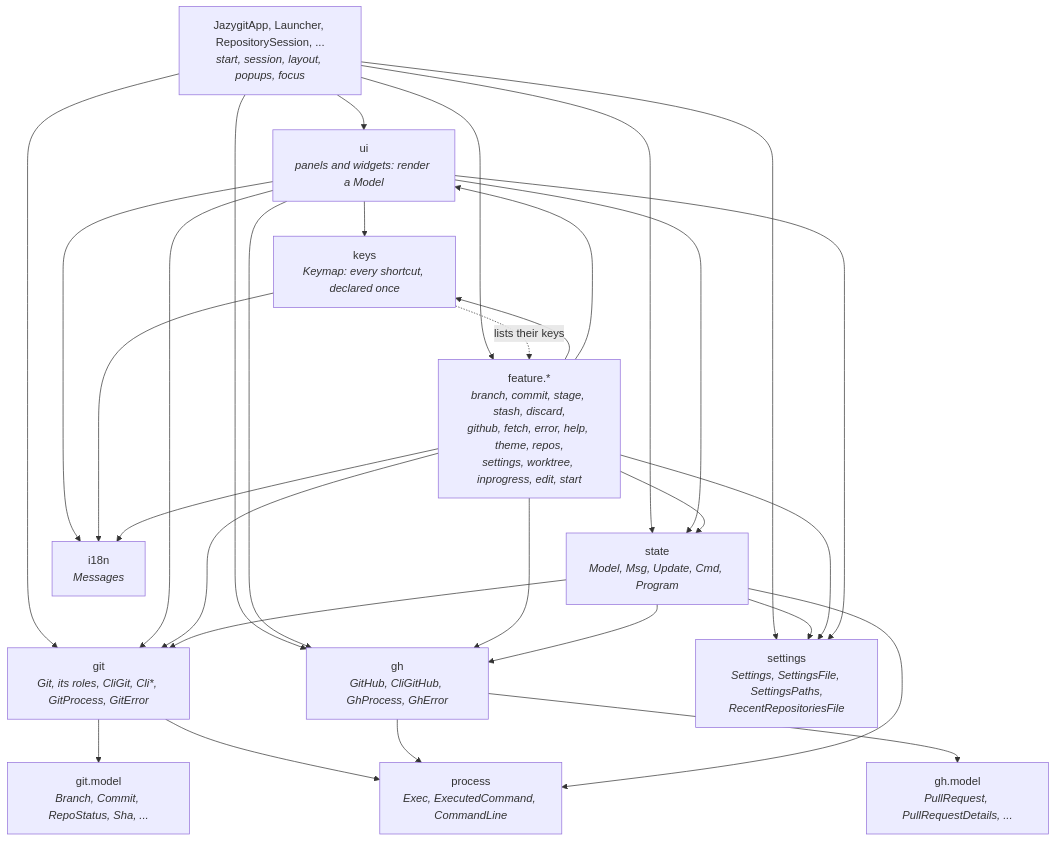
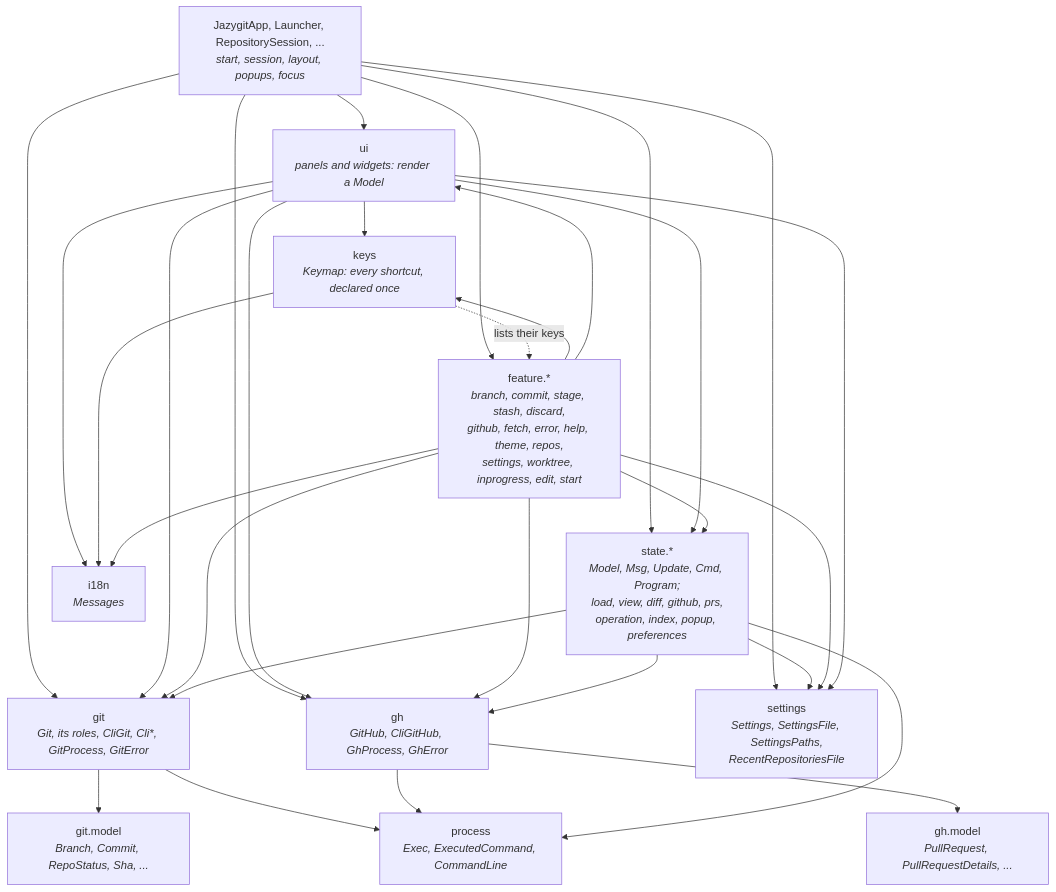
Before and after one commit to cvanfleteren/jazygit: the first of 7 diagrams in ARCHITECTURE.md, drawn with Mermaid. The commit also changed other lines of this file and 612 other files, not shown here.

````diff
--- a/ARCHITECTURE.md
+++ b/ARCHITECTURE.md
@@ -47,45 +47,45 @@
 ```mermaid
 graph TD
     App["JazygitApp, Launcher, RepositorySession, ...<br/><i>start, session, layout, popups, focus</i>"]
     UI["ui<br/><i>panels and widgets: render a Model</i>"]
     Keys["keys<br/><i>Keymap: every shortcut, declared once</i>"]
     Feature["feature.*<br/><i>branch, commit, stage, stash, discard,<br/>github, fetch, error, help, theme, repos,<br/>settings, worktree, inprogress, edit, start</i>"]
-    State["state<br/><i>Model, Msg, Update, Cmd, Program</i>"]
+    State["state.*<br/><i>Model, Msg, Update, Cmd, Program;<br/>load, view, diff, github, prs,<br/>operation, index, popup, preferences</i>"]
     Git["git<br/><i>Git, its roles, CliGit, Cli*, GitProcess, GitError</i>"]
     GitModel["git.model<br/><i>Branch, Commit, RepoStatus, Sha, ...</i>"]
     Gh["gh<br/><i>GitHub, CliGitHub, GhProcess, GhError</i>"]
     GhModel["gh.model<br/><i>PullRequest, PullRequestDetails, ...</i>"]
     Process["process<br/><i>Exec, ExecutedCommand, CommandLine</i>"]
     I18n["i18n<br/><i>Messages</i>"]
     Settings["settings<br/><i>Settings, SettingsFile, SettingsPaths,<br/>RecentRepositoriesFile</i>"]
 
     App --> UI
     App --> State
     App --> Feature
     App --> Git
     App --> Gh
     UI --> Keys
     UI --> State
     UI --> Git
     UI --> Gh
     Keys -. "lists their keys" .-> Feature
     Feature --> Keys
     Feature --> UI
     Feature --> State
     Feature --> Git
     State --> Git
     Git --> GitModel
     Feature --> Gh
     State --> Gh
     Gh --> GhModel
     Git --> Process
     Gh --> Process
     State --> Process
     UI --> I18n
     App --> Settings
     State --> Settings
     Feature --> Settings
     UI --> Settings
     Keys --> I18n
     Feature --> I18n
 ```
````
